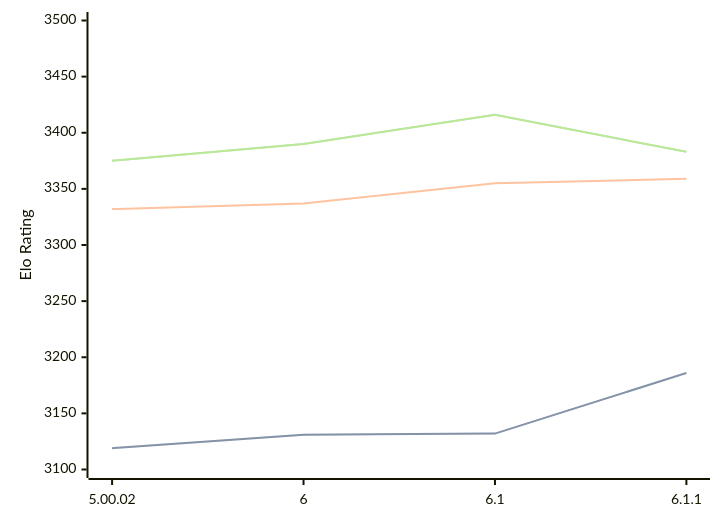
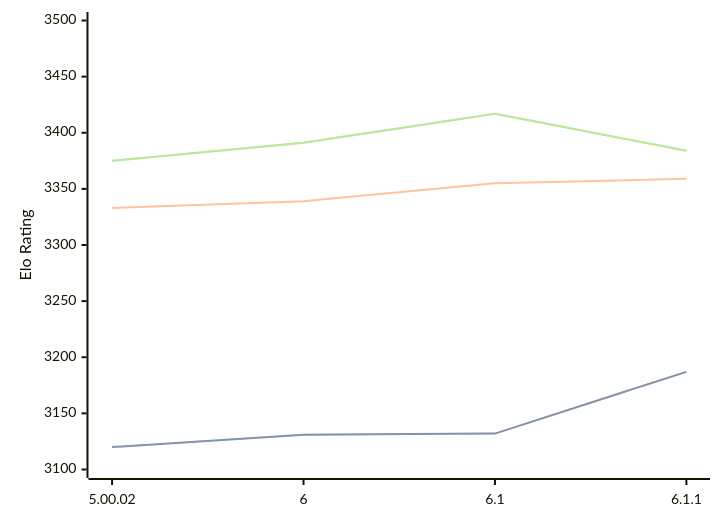
Before and after one commit to computer-chess-index/cci: the first of 3 diagrams in engines/Zangdar.md, drawn with Mermaid. The commit also changed other lines of this file, not shown here.

Commit message:
Update CCI Ratings (ELO VLTC) - 2026-06-16

````diff
--- a/engines/Zangdar.md
+++ b/engines/Zangdar.md
@@ -46,11 +46,11 @@
 ```mermaid
 %%{init: {"theme":"base","themeVariables":{"seriesColors:['#a3a3a3','#222221','#faa371']}}}%%
 xychart-beta
   x-axis ["5.00.02", "6", "6.1", "6.1.1"]
   y-axis "Elo Rating" 3100 --> 3500
-  line "STC (8.0+0.08s)" [3119, 3131, 3132, 3186]
-  line "STC (8.0+0.08s)" [3119, 3131, 3132, 3186]
-  line "LTC (60.0+0.60s)" [3332, 3337, 3355, 3359]
-  line "VLTC (2m24s+1.12s)" [3375, 3390, 3416, 3383]
-  line "VLTC (2m24s+1.12s)" [3375, 3390, 3416, 3383]
+  line "STC (8.0+0.08s)" [3120, 3131, 3132, 3187]
+  line "STC (8.0+0.08s)" [3120, 3131, 3132, 3187]
+  line "LTC (60.0+0.60s)" [3333, 3339, 3355, 3359]
+  line "VLTC (2m24s+1.12s)" [3375, 3391, 3417, 3384]
+  line "VLTC (2m24s+1.12s)" [3375, 3391, 3417, 3384]
 ```
````
